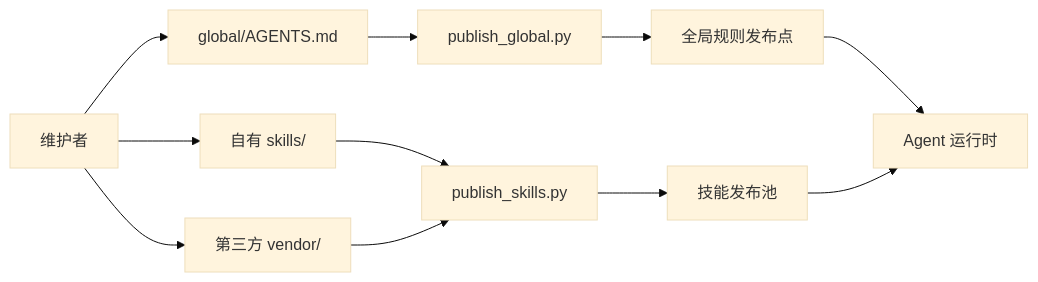
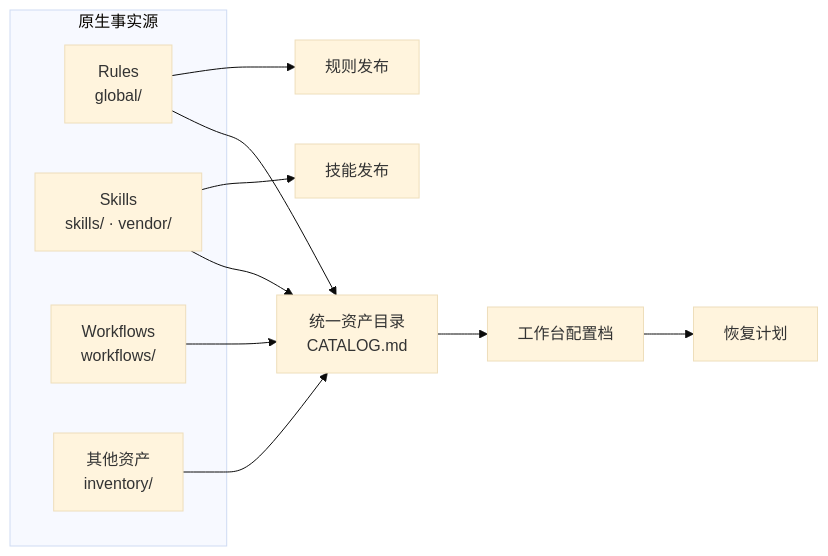
One commit to XGWNJE/HarnessOS changed the diagram in README.md. Above: the diagram before and after it, drawn with Mermaid (base theme). The commit also changed other lines of this file and 12 other files, not shown here.

````diff
--- a/README.md
+++ b/README.md
@@ -15,13 +20,19 @@
 ```mermaid
 flowchart LR
-    M[维护者] --> G[global/AGENTS.md]
-    M --> S[自有 skills/]
-    M --> V[第三方 vendor/]
-    G --> PG[publish_global.py]
-    S --> PS[publish_skills.py]
-    V --> PS
-    PG --> R[全局规则发布点]
-    PS --> P[技能发布池]
-    R --> A[Agent 运行时]
-    P --> A
+    subgraph F[原生事实源]
+        R[Rules<br/>global/]
+        S[Skills<br/>skills/ · vendor/]
+        W[Workflows<br/>workflows/]
+        I[其他资产<br/>inventory/]
+    end
+
+    R --> C[统一资产目录<br/>CATALOG.md]
+    S --> C
+    W --> C
+    I --> C
+
+    R --> PR[规则发布]
+    S --> PS[技能发布]
+    C --> P[工作台配置档]
+    P --> RP[恢复计划]
 ```
````
